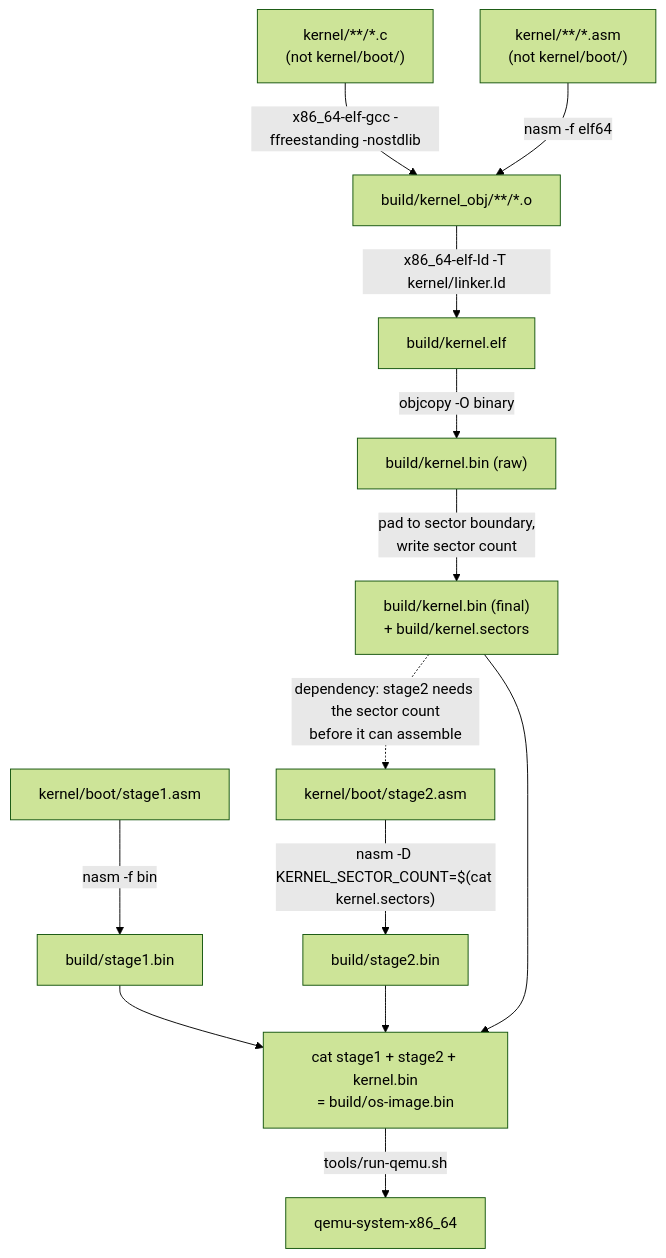
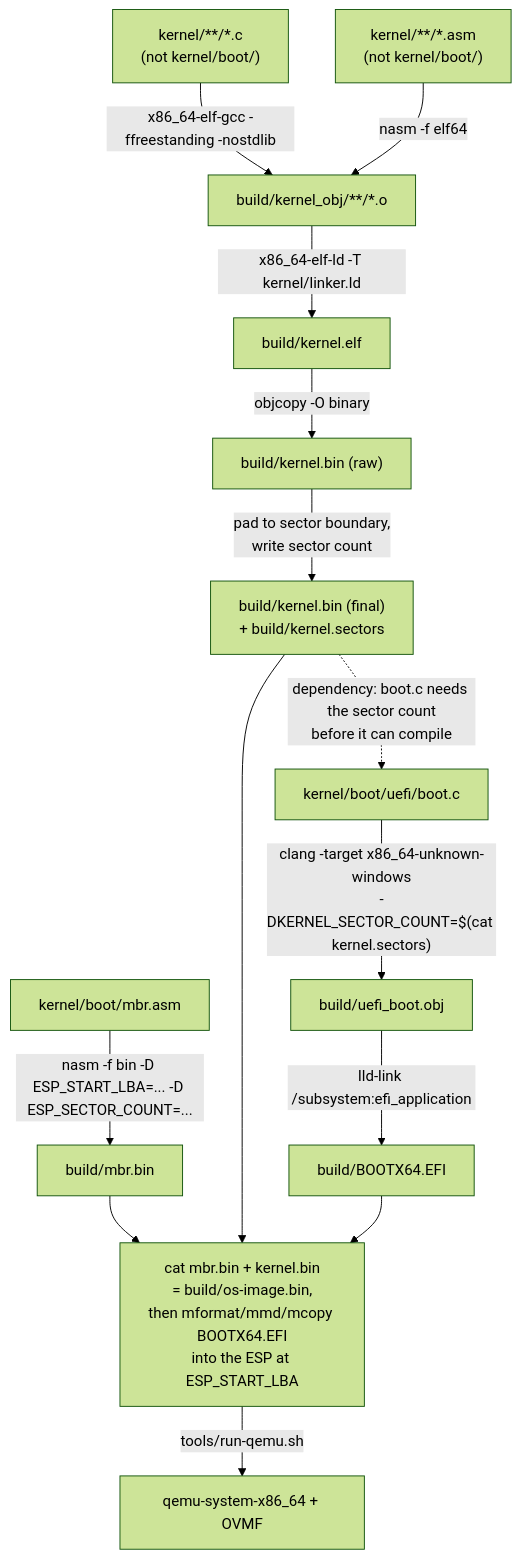
The sixth of 6 diagrams in docs/flow.md (Jiajianou/lean_os), drawn with Mermaid (forest theme) before and after one commit. The commit also changed other lines of this file and 28 other files, not shown here.

First line of the commit message:
feat: M26 - UEFI-only boot, legacy BIOS path removed

````diff
--- a/docs/flow.md
+++ b/docs/flow.md
@@ -549,15 +516,16 @@
 ```mermaid
 flowchart TD
     C1["kernel/**/*.c\n(not kernel/boot/)"] -->|"x86_64-elf-gcc -ffreestanding -nostdlib"| O1["build/kernel_obj/**/*.o"]
     A1["kernel/**/*.asm\n(not kernel/boot/)"] -->|"nasm -f elf64"| O1
     O1 -->|"x86_64-elf-ld -T kernel/linker.ld"| ELF["build/kernel.elf"]
     ELF -->|"objcopy -O binary"| BIN0["build/kernel.bin (raw)"]
     BIN0 -->|"pad to sector boundary,\nwrite sector count"| BIN["build/kernel.bin (final)\n+ build/kernel.sectors"]
-    S2SRC["kernel/boot/stage2.asm"] -->|"nasm -D KERNEL_SECTOR_COUNT=$(cat kernel.sectors)"| S2BIN["build/stage2.bin"]
-    BIN -.->|"dependency: stage2 needs the sector count\nbefore it can assemble"| S2SRC
-    S1SRC["kernel/boot/stage1.asm"] -->|"nasm -f bin"| S1BIN["build/stage1.bin"]
-    S1BIN --> IMG["cat stage1 + stage2 + kernel.bin\n= build/os-image.bin"]
-    S2BIN --> IMG
+    UEFISRC["kernel/boot/uefi/boot.c"] -->|"clang -target x86_64-unknown-windows\n-DKERNEL_SECTOR_COUNT=$(cat kernel.sectors)"| UEFIOBJ["build/uefi_boot.obj"]
+    BIN -.->|"dependency: boot.c needs the sector count\nbefore it can compile"| UEFISRC
+    UEFIOBJ -->|"lld-link /subsystem:efi_application"| EFI["build/BOOTX64.EFI"]
+    MBRSRC["kernel/boot/mbr.asm"] -->|"nasm -f bin -D ESP_START_LBA=... -D ESP_SECTOR_COUNT=..."| MBRBIN["build/mbr.bin"]
+    MBRBIN --> IMG["cat mbr.bin + kernel.bin\n= build/os-image.bin,\nthen mformat/mmd/mcopy BOOTX64.EFI\ninto the ESP at ESP_START_LBA"]
     BIN --> IMG
-    IMG -->|"tools/run-qemu.sh"| QEMU["qemu-system-x86_64"]
+    EFI --> IMG
+    IMG -->|"tools/run-qemu.sh"| QEMU["qemu-system-x86_64 + OVMF"]
 ```
````
